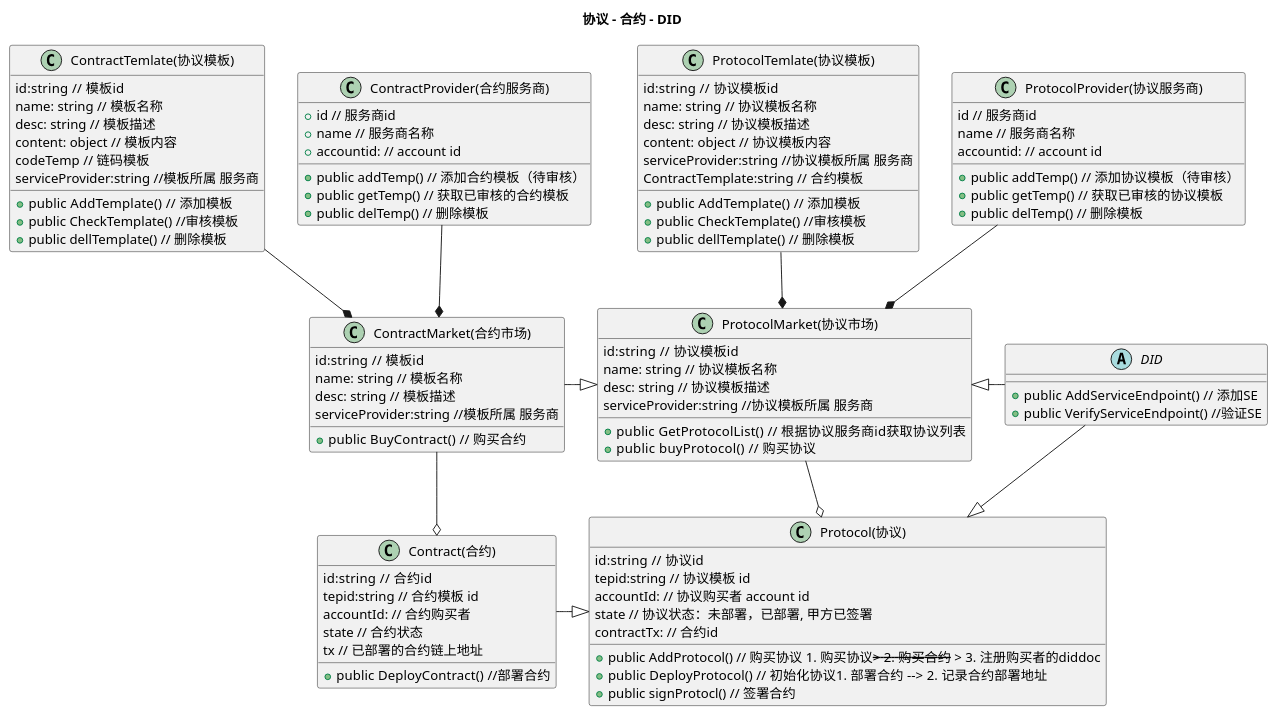
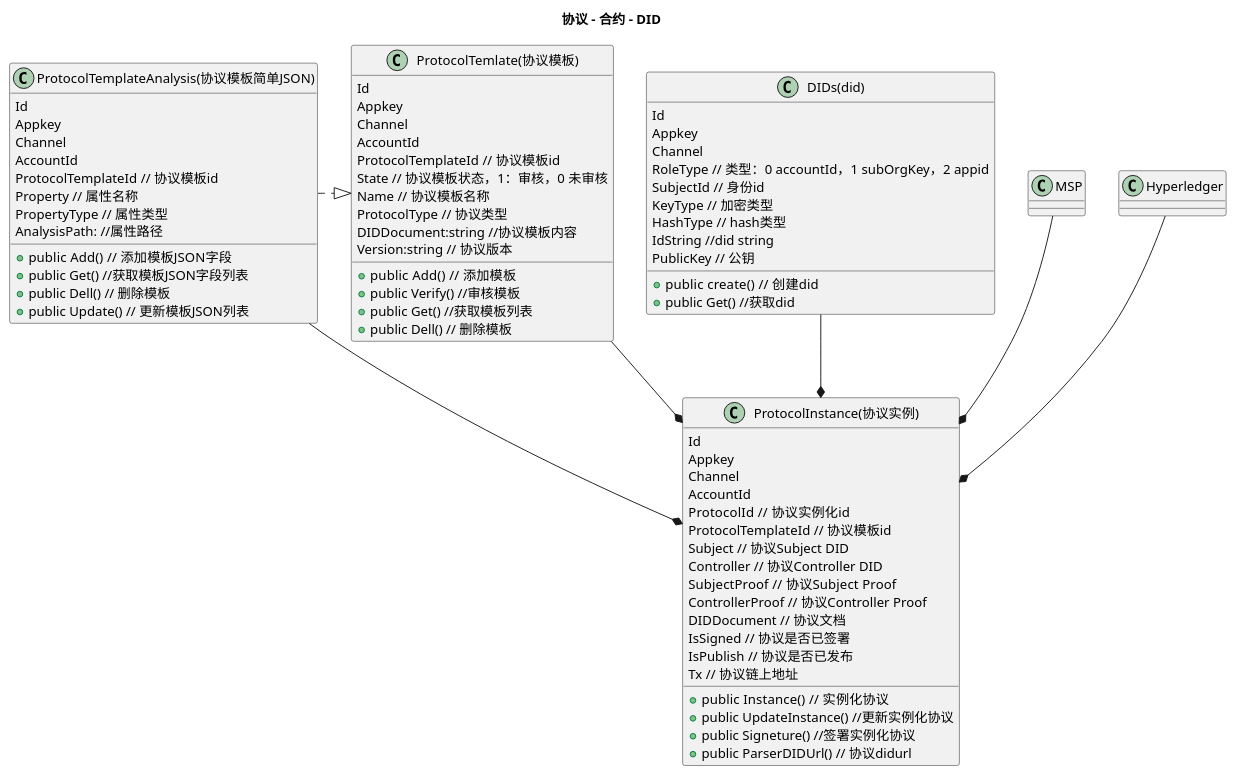
One commit to evildoerX/did-doc changed the second of 2 diagrams in docs/protocol/README.md. Above: the diagram before and after it, drawn with PlantUML. The commit also changed other lines of this file and 3 other files, not shown here.

```diff
--- a/docs/protocol/README.md
+++ b/docs/protocol/README.md
@@ -77,99 +31,82 @@
 Title "协议 - 合约 - DID"
 
   class "ProtocolTemlate(协议模板)"{
-    id:string  // 协议模板id
-    name: string // 协议模板名称
-    desc: string // 协议模板描述
-    content: object // 协议模板内容
-    serviceProvider:string //协议模板所属 服务商
-    ContractTemplate:string // 合约模板
-    + public AddTemplate()  // 添加模板
-    + public CheckTemplate() //审核模板
-    + public dellTemplate() // 删除模板
+    Id
+    Appkey
+    Channel
+    AccountId
+    ProtocolTemplateId // 协议模板id
+    State // 协议模板状态，1：审核，0 未审核
+    Name // 协议模板名称
+    ProtocolType // 协议类型
+    DIDDocument:string //协议模板内容
+    Version:string // 协议版本
+    + public Add()  // 添加模板
+    + public Verify() //审核模板
+    + public Get() //获取模板列表
+    + public Dell() // 删除模板
   }
 
-  class "ProtocolMarket(协议市场)"{
-    id:string  // 协议模板id
-    name: string // 协议模板名称
-    desc: string // 协议模板描述
-    serviceProvider:string //协议模板所属 服务商
-    + public GetProtocolList()   // 根据协议服务商id获取协议列表
-    + public buyProtocol()   // 购买协议
+  class "ProtocolInstance(协议实例)"{
+    Id
+    Appkey
+    Channel
+    AccountId
+    ProtocolId  // 协议实例化id
+    ProtocolTemplateId // 协议模板id
+    Subject // 协议Subject DID
+    Controller // 协议Controller DID
+    SubjectProof //  协议Subject Proof
+    ControllerProof // 协议Controller Proof
+    DIDDocument // 协议文档
+    IsSigned // 协议是否已签署
+    IsPublish // 协议是否已发布
+    Tx // 协议链上地址
+    + public Instance()  // 实例化协议
+    + public UpdateInstance() //更新实例化协议
+    + public Signeture() //签署实例化协议
+    + public ParserDIDUrl() // 协议didurl
   }
 
-  class "Protocol(协议)"{
-    id:string  // 协议id
-    tepid:string // 协议模板 id
-    accountId: // 协议购买者 account id
-    state // 协议状态：未部署，已部署, 甲方已签署
-    contractTx: // 合约id
-    + public AddProtocol() // 购买协议 1. 购买协议--> 2. 购买合约 --> 3. 注册购买者的diddoc
-    + public DeployProtocol()  // 初始化协议1. 部署合约 --> 2. 记录合约部署地址
-    + public signProtocl() // 签署合约
+  class "ProtocolTemplateAnalysis(协议模板简单JSON)"{
+    Id
+    Appkey
+    Channel
+    AccountId
+    ProtocolTemplateId // 协议模板id
+    Property // 属性名称
+    PropertyType // 属性类型
+    AnalysisPath: //属性路径
+    + public Add()  // 添加模板JSON字段
+    + public Get() //获取模板JSON字段列表
+    + public Dell() // 删除模板
+    + public Update() // 更新模板JSON列表
   }
 
-  class "ProtocolProvider(协议服务商)"{
-    id // 服务商id
-    name // 服务商名称
-    accountid: // account id
-    + public addTemp() // 添加协议模板（待审核）
-    + public getTemp() // 获取已审核的协议模板
-    + public delTemp() // 删除模板
+  class "DIDs(did)"{
+    Id
+    Appkey
+    Channel
+    RoleType // 类型：0 accountId，1 subOrgKey，2 appid
+    SubjectId // 身份id 
+    KeyType // 加密类型
+    HashType // hash类型
+    IdString //did string
+    PublicKey // 公钥
+    + public create()  // 创建did
+    + public Get() //获取did
   }
 
-  "ProtocolTemlate(协议模板)" --* "ProtocolMarket(协议市场)"
-  "ProtocolProvider(协议服务商)" --* "ProtocolMarket(协议市场)"
-  "ProtocolMarket(协议市场)" --o  "Protocol(协议)"
+  class "MSP" {}
+  class "Hyperledger" {}
+  
 
-  class "ContractTemlate(协议模板)"{
-    id:string  // 模板id
-    name: string // 模板名称
-    desc: string // 模板描述
-    content: object // 模板内容
-    codeTemp // 链码模板
-    serviceProvider:string //模板所属 服务商
-    + public AddTemplate()  // 添加模板
-    + public CheckTemplate() //审核模板
-    + public dellTemplate() // 删除模板
-  }
+  "ProtocolTemlate(协议模板)" --* "ProtocolInstance(协议实例)"
+  "ProtocolTemplateAnalysis(协议模板简单JSON)" --* "ProtocolInstance(协议实例)"
+  "DIDs(did)" --* "ProtocolInstance(协议实例)"
 
-  class "ContractMarket(合约市场)"{
-    id:string  // 模板id
-    name: string // 模板名称
-    desc: string // 模板描述
-    serviceProvider:string //模板所属 服务商
-    + public BuyContract()  // 购买合约
-  }
+  "ProtocolTemplateAnalysis(协议模板简单JSON)" .|> "ProtocolTemlate(协议模板)"
 
-  class "Contract(合约)"{
-    id:string  // 合约id
-    tepid:string // 合约模板 id
-    accountId: // 合约购买者
-    state // 合约状态
-    tx // 已部署的合约链上地址
-    + public DeployContract()  //部署合约
-  }
-
-  class "ContractProvider(合约服务商)"{
-    + id // 服务商id
-    + name // 服务商名称
-    + accountid: // account id
-    + public addTemp() // 添加合约模板（待审核）
-    + public getTemp() // 获取已审核的合约模板
-    + public delTemp() // 删除模板
-  }
-
-  "ContractTemlate(协议模板)" --* "ContractMarket(合约市场)"
-  "ContractProvider(合约服务商)" --* "ContractMarket(合约市场)"
-  "ContractMarket(合约市场)" --o  "Contract(合约)"
-
-  abstract class DID{
-    + public AddServiceEndpoint()  // 添加SE
-    + public VerifyServiceEndpoint() //验证SE
-  }
-
-  ”ProtocolMarket(协议市场)“ <|-left- ”ContractMarket(合约市场)“
-  ”ProtocolMarket(协议市场)“ <|-right- DID
-  "Protocol(协议)" <|-left- "Contract(合约)"
-  "Protocol(协议)" <|-up- DID
+  "MSP" -down-* "ProtocolInstance(协议实例)"
+  "Hyperledger" -down-* "ProtocolInstance(协议实例)"
 @enduml
```
